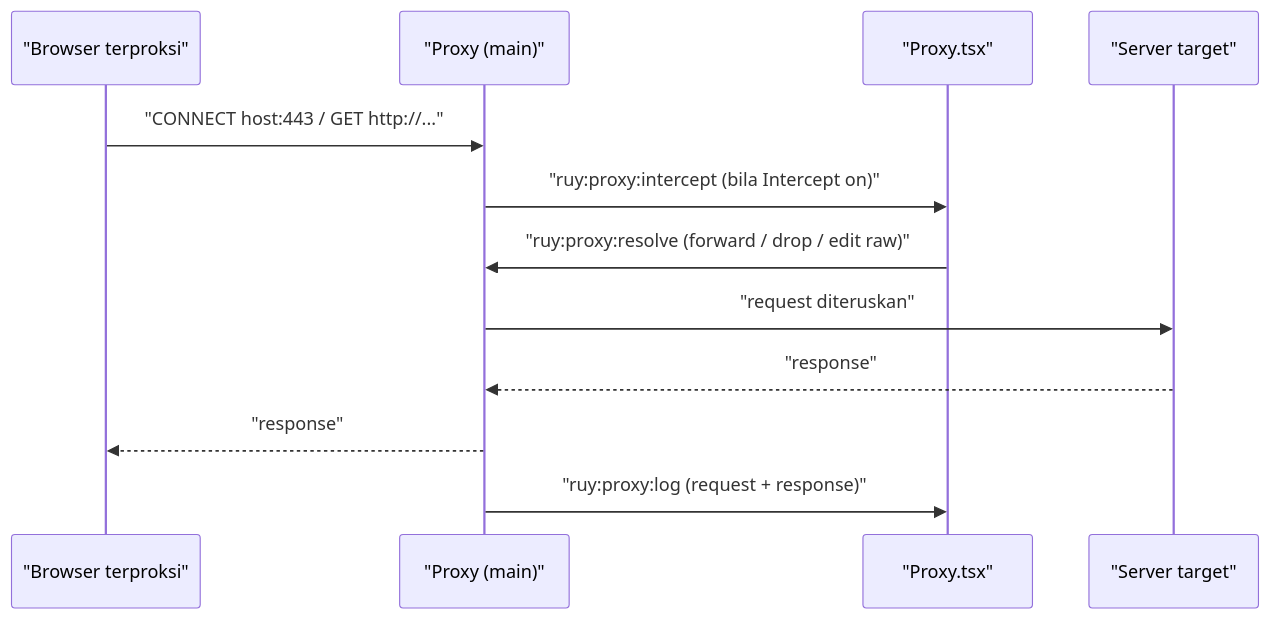
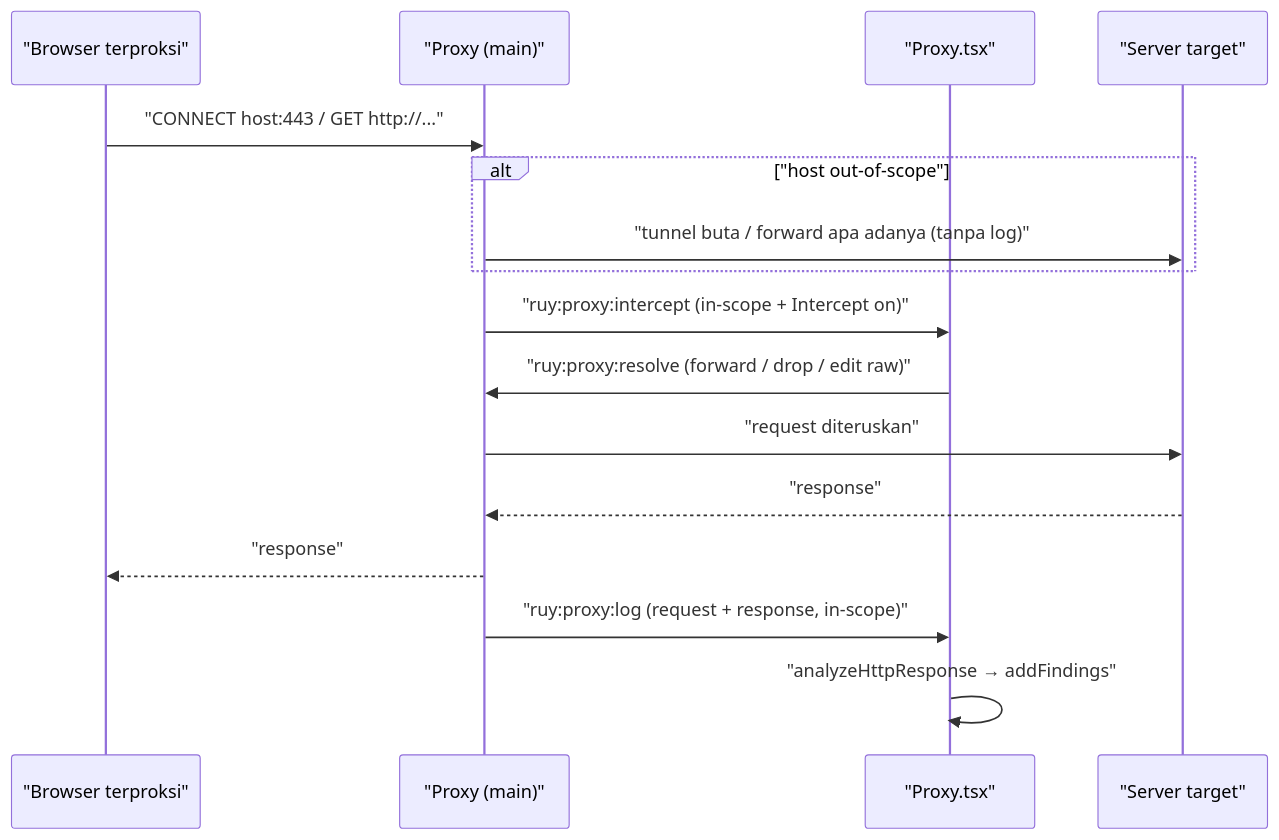
One commit to AlatBekam/Interu changed the diagram in docs/021_proxy-mitm.md. Above: the diagram before and after it, drawn with Mermaid. The commit also changed other lines of this file and 19 other files, not shown here.

````diff
--- a/docs/021_proxy-mitm.md
+++ b/docs/021_proxy-mitm.md
@@ -27,14 +31,18 @@
 ```mermaid
 sequenceDiagram
   participant B as "Browser terproksi"
   participant P as "Proxy (main)"
   participant UI as "Proxy.tsx"
   participant S as "Server target"
   B->>P: "CONNECT host:443 / GET http://..."
-  P->>UI: "ruy:proxy:intercept (bila Intercept on)"
+  alt "host out-of-scope"
+    P->>S: "tunnel buta / forward apa adanya (tanpa log)"
+  end
+  P->>UI: "ruy:proxy:intercept (in-scope + Intercept on)"
   UI->>P: "ruy:proxy:resolve (forward / drop / edit raw)"
   P->>S: "request diteruskan"
   S-->>P: "response"
   P-->>B: "response"
-  P->>UI: "ruy:proxy:log (request + response)"
+  P->>UI: "ruy:proxy:log (request + response, in-scope)"
+  UI->>UI: "analyzeHttpResponse → addFindings"
 ```
````
